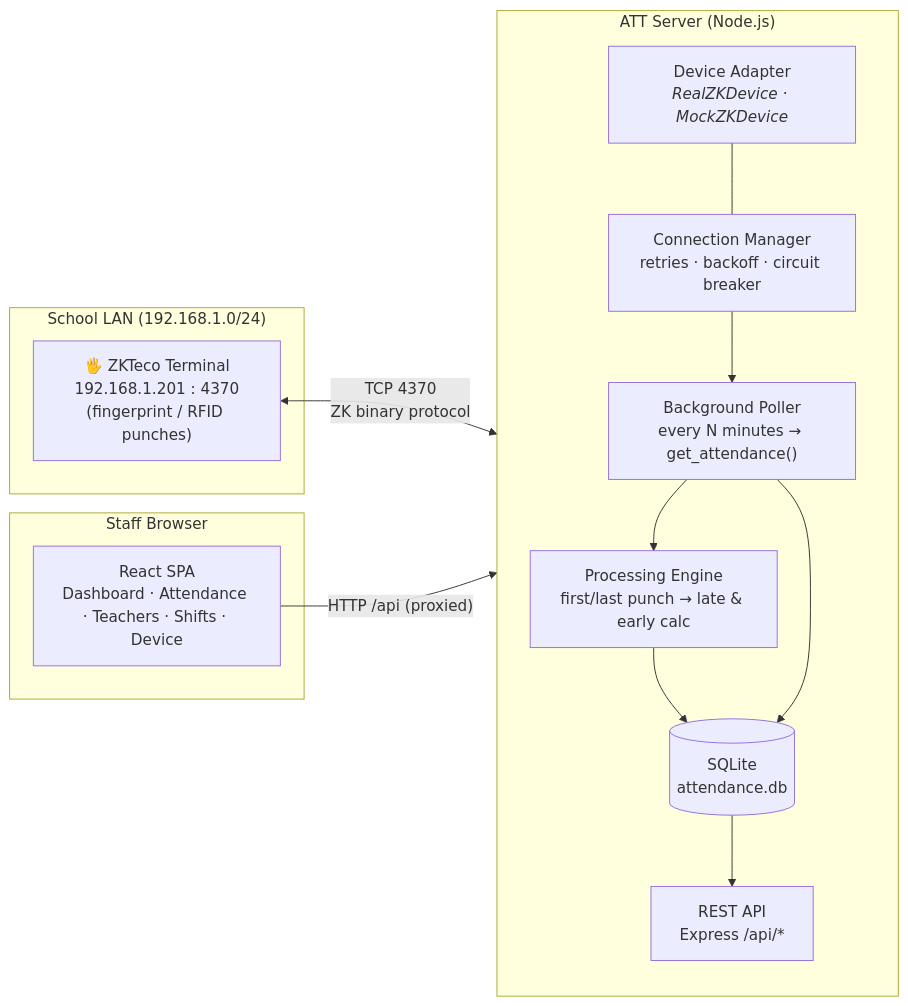
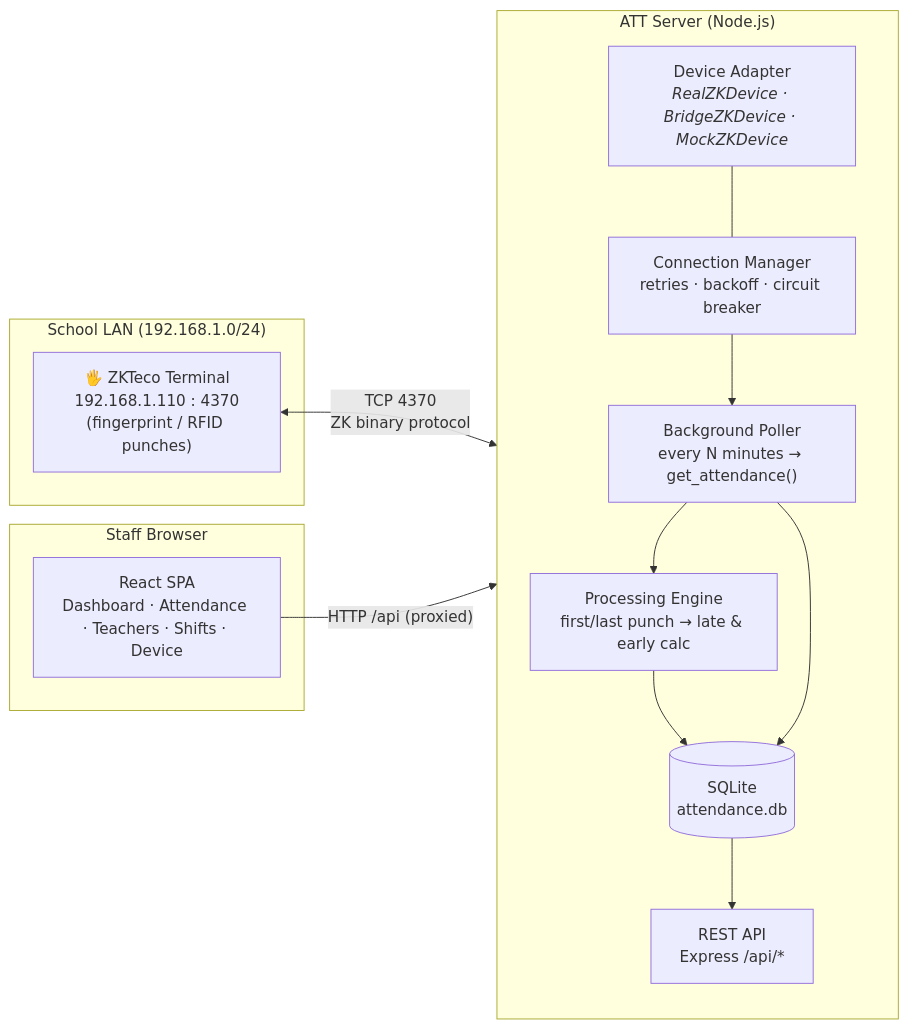
One commit to PrinceTiwari00/ATT changed the first of 3 diagrams in docs/ARCHITECTURE.md. Above: the diagram before and after it, drawn with Mermaid. The commit also changed other lines of this file and 20 other files, not shown here.

Commit message:
Add Render deployment and LAN device bridge

````diff
--- a/docs/ARCHITECTURE.md
+++ b/docs/ARCHITECTURE.md
@@ -5,27 +5,27 @@
 ```mermaid
 flowchart LR
     subgraph SchoolLAN["School LAN (192.168.1.0/24)"]
-        ZK["🖐️ ZKTeco Terminal<br/>192.168.1.201 : 4370<br/>(fingerprint / RFID punches)"]
+        ZK["🖐️ ZKTeco Terminal<br/>192.168.1.110 : 4370<br/>(fingerprint / RFID punches)"]
     end
 
     subgraph Server["ATT Server (Node.js)"]
         direction TB
-        AD["Device Adapter<br/><i>RealZKDevice · MockZKDevice</i>"]
+        AD["Device Adapter<br/><i>RealZKDevice · BridgeZKDevice · MockZKDevice</i>"]
         CM["Connection Manager<br/>retries · backoff · circuit breaker"]
         PL["Background Poller<br/>every N minutes → get_attendance()"]
         PE["Processing Engine<br/>first/last punch → late & early calc"]
         DB[("SQLite<br/>attendance.db")]
         API["REST API<br/>Express /api/*"]
         ZK <--> |"TCP 4370<br/>ZK binary protocol"| AD
         AD --- CM --> PL --> PE
         PE --> DB
         PL --> DB
         DB --> API
     end
 
     subgraph Browser["Staff Browser"]
         UI["React SPA<br/>Dashboard · Attendance · Teachers · Shifts · Device"]
     end
 
     UI -->|"HTTP /api (proxied)"| API
 ```
````
